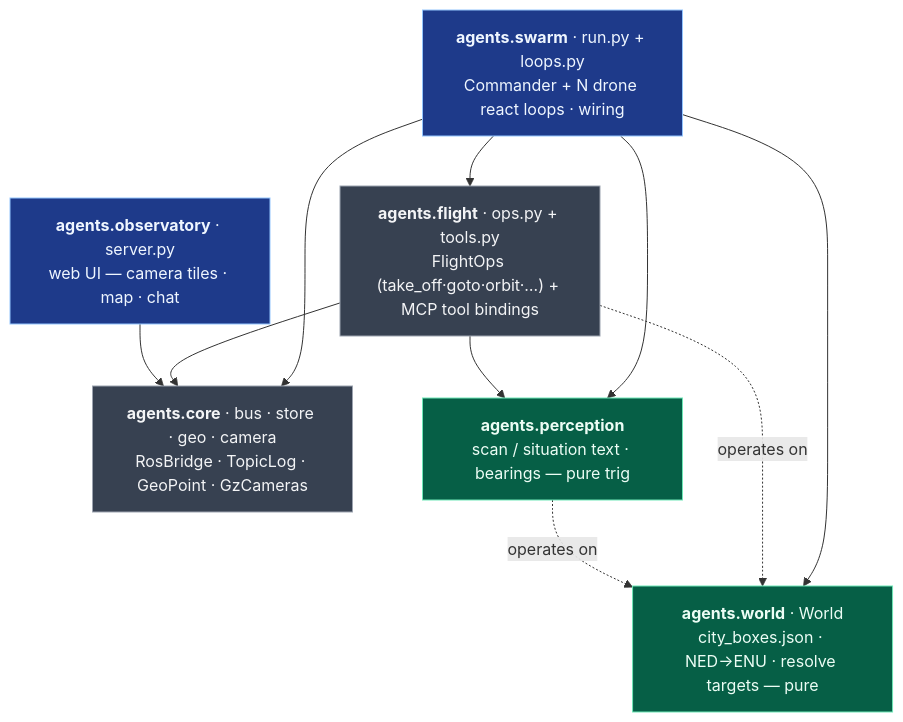
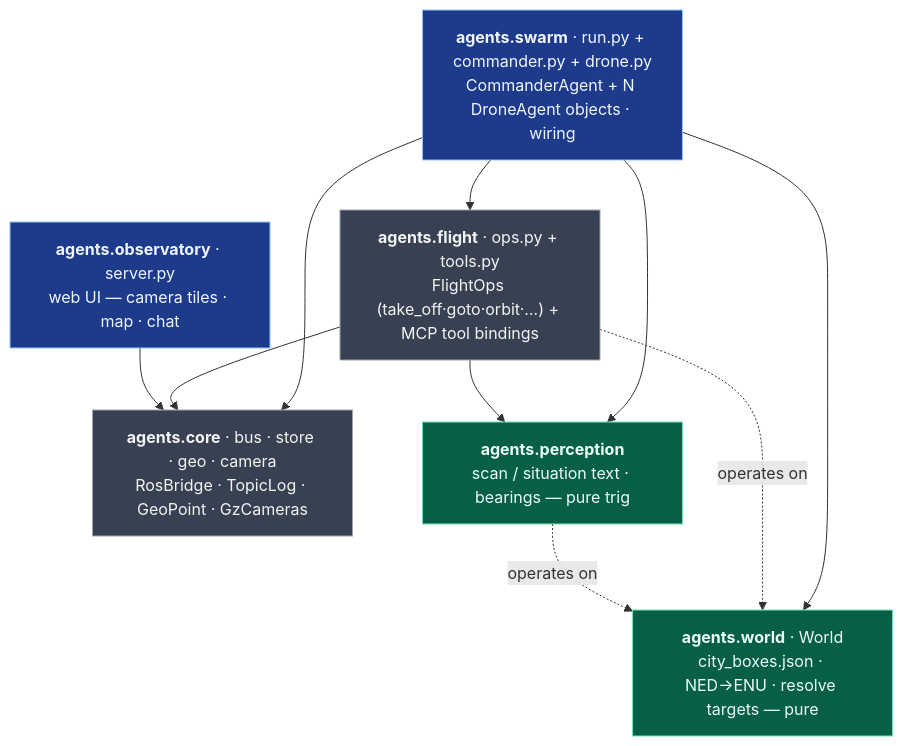
One commit to jonasbrami/squawd changed the first of 4 diagrams in README.md. Above: the diagram before and after it, drawn with Mermaid. The commit also changed other lines of this file, not shown here.

First line of the commit message:
docs(readme): describe the DroneAgent / CommanderAgent interface

````diff
--- a/README.md
+++ b/README.md
@@ -43,23 +43,23 @@
 ```mermaid
 flowchart TD
     classDef orch fill:#1e3a8a,stroke:#93c5fd,color:#eff6ff;
     classDef heavy fill:#374151,stroke:#9ca3af,color:#f3f4f6;
     classDef pure fill:#065f46,stroke:#6ee7b7,color:#ecfdf5;
 
-    SWARM["<b>agents.swarm</b> · run.py + loops.py<br/>Commander + N drone react loops · wiring"]:::orch
+    SWARM["<b>agents.swarm</b> · run.py + commander.py + drone.py<br/>CommanderAgent + N DroneAgent objects · wiring"]:::orch
     OBS["<b>agents.observatory</b> · server.py<br/>web UI — camera tiles · map · chat"]:::orch
     FLIGHT["<b>agents.flight</b> · ops.py + tools.py<br/>FlightOps (take_off·goto·orbit·…) + MCP tool bindings"]:::heavy
     CORE["<b>agents.core</b> · bus · store · geo · camera<br/>RosBridge · TopicLog · GeoPoint · GzCameras"]:::heavy
     PERC["<b>agents.perception</b><br/>scan / situation text · bearings — pure trig"]:::pure
     WORLD["<b>agents.world</b> · World<br/>city_boxes.json · NED→ENU · resolve targets — pure"]:::pure
 
     SWARM --> FLIGHT
     SWARM --> CORE
     SWARM --> PERC
     SWARM --> WORLD
     FLIGHT --> CORE
     FLIGHT --> PERC
     OBS --> CORE
     FLIGHT -. operates on .-> WORLD
     PERC -. operates on .-> WORLD
 ```
````
